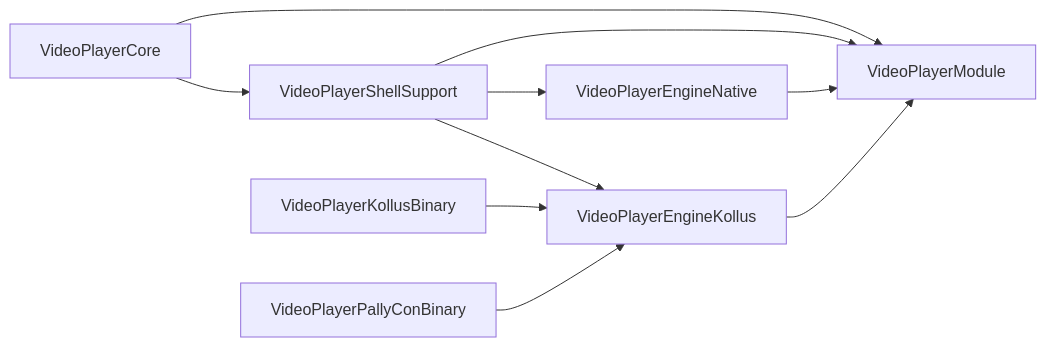
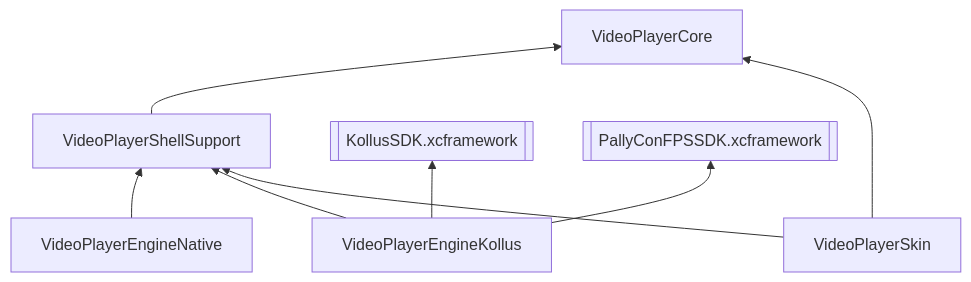
Before and after one commit to megastudymobile/ms-videoplayer-ios: the second of 2 diagrams in README.md, drawn with Mermaid. The commit also changed other lines of this file and 11 other files, not shown here.

````diff
--- a/README.md
+++ b/README.md
@@ -63,20 +39,18 @@
 ```mermaid
-flowchart LR
+flowchart BT
     Core[VideoPlayerCore]
     Shell[VideoPlayerShellSupport]
     Native[VideoPlayerEngineNative]
     Kollus[VideoPlayerEngineKollus]
-    KollusBinary[VideoPlayerKollusBinary]
-    PallyConBinary[VideoPlayerPallyConBinary]
-    Umbrella[VideoPlayerModule]
+    Skin[VideoPlayerSkin]
+    KBin[[KollusSDK.xcframework]]
+    PBin[[PallyConFPSSDK.xcframework]]
 
-    Core --> Shell
-    Shell --> Native
-    Shell --> Kollus
-    KollusBinary --> Kollus
-    PallyConBinary --> Kollus
-    Core --> Umbrella
-    Shell --> Umbrella
-    Native --> Umbrella
-    Kollus --> Umbrella
+    Shell --> Core
+    Native --> Shell
+    Kollus --> Shell
+    Kollus --> KBin
+    Kollus --> PBin
+    Skin --> Core
+    Skin --> Shell
 ```
````
